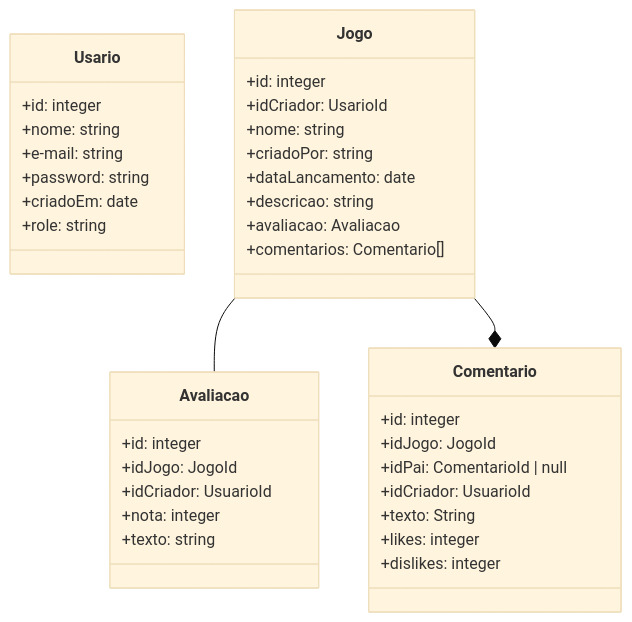
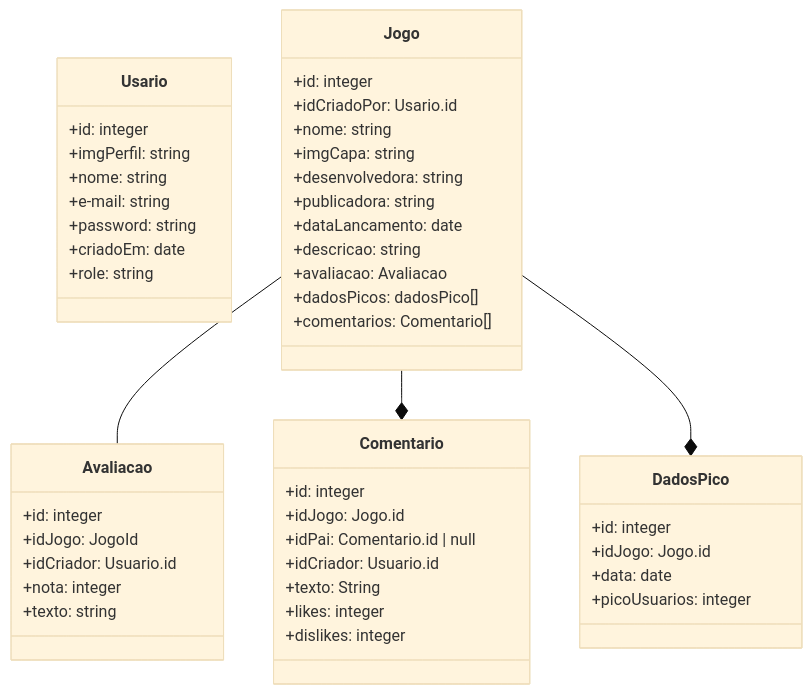
The diagram in README.md (LeviPereira9/si), drawn with Mermaid (base theme) before and after one commit.

````diff
--- a/README.md
+++ b/README.md
@@ -5,45 +5,57 @@
 ```mermaid
 classDiagram
 
     class Usario {
   +id: integer
+  +imgPerfil: string
   +nome: string
   +e-mail: string
   +password: string
   +criadoEm: date
   +role: string
 }
 
 class Jogo {
   +id: integer
-  +idCriador: UsarioId
+  +idCriadoPor: Usario.id
   +nome: string
-  +criadoPor: string
+  +imgCapa: string
+  +desenvolvedora: string
+  +publicadora: string
   +dataLancamento: date
   +descricao: string
   +avaliacao: Avaliacao
+  +dadosPicos: dadosPico[]
   +comentarios: Comentario[]
 }
 
 class Avaliacao {
   +id: integer
   +idJogo: JogoId
-  +idCriador: UsuarioId
+  +idCriador: Usuario.id
   +nota: integer
   +texto: string 
 }
 
 class Comentario {
   +id: integer
-  +idJogo: JogoId
-  +idPai: ComentarioId | null
-  +idCriador: UsuarioId
+  +idJogo: Jogo.id
+  +idPai: Comentario.id | null
+  +idCriador: Usuario.id
   +texto: String
   +likes: integer
   +dislikes: integer
 }
 
+class DadosPico {
+    +id: integer
+    +idJogo: Jogo.id
+    +data: date
+    +picoUsuarios: integer
+}
+
 
 Jogo --  Avaliacao 
 Jogo  --* Comentario
+Jogo --* DadosPico
 ```
````
